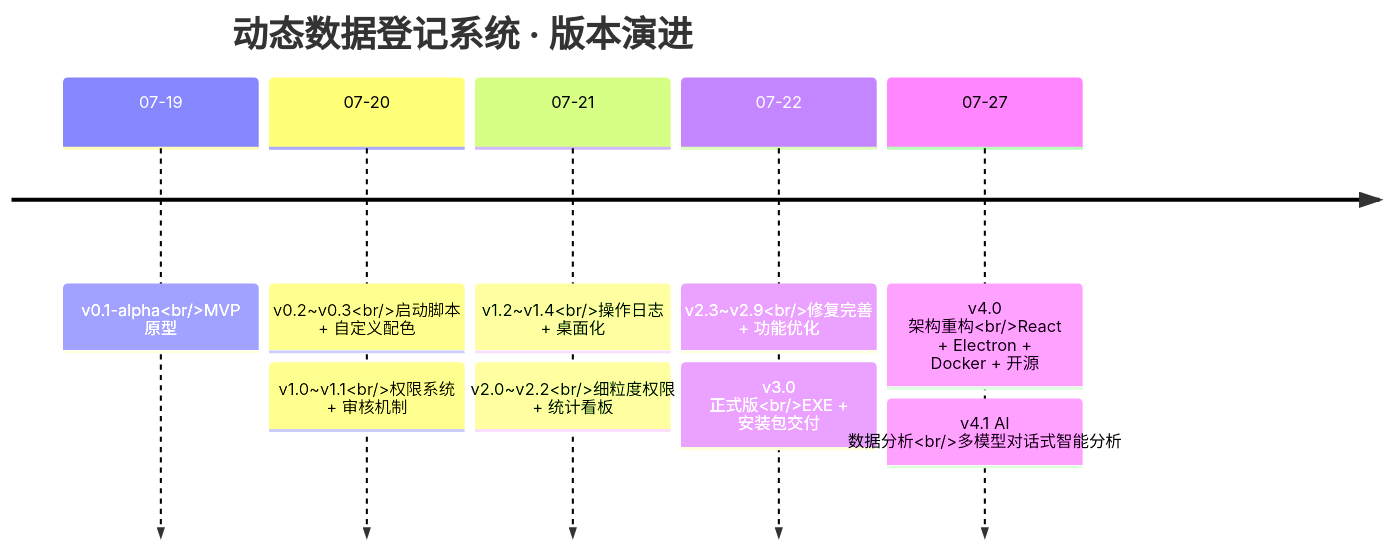
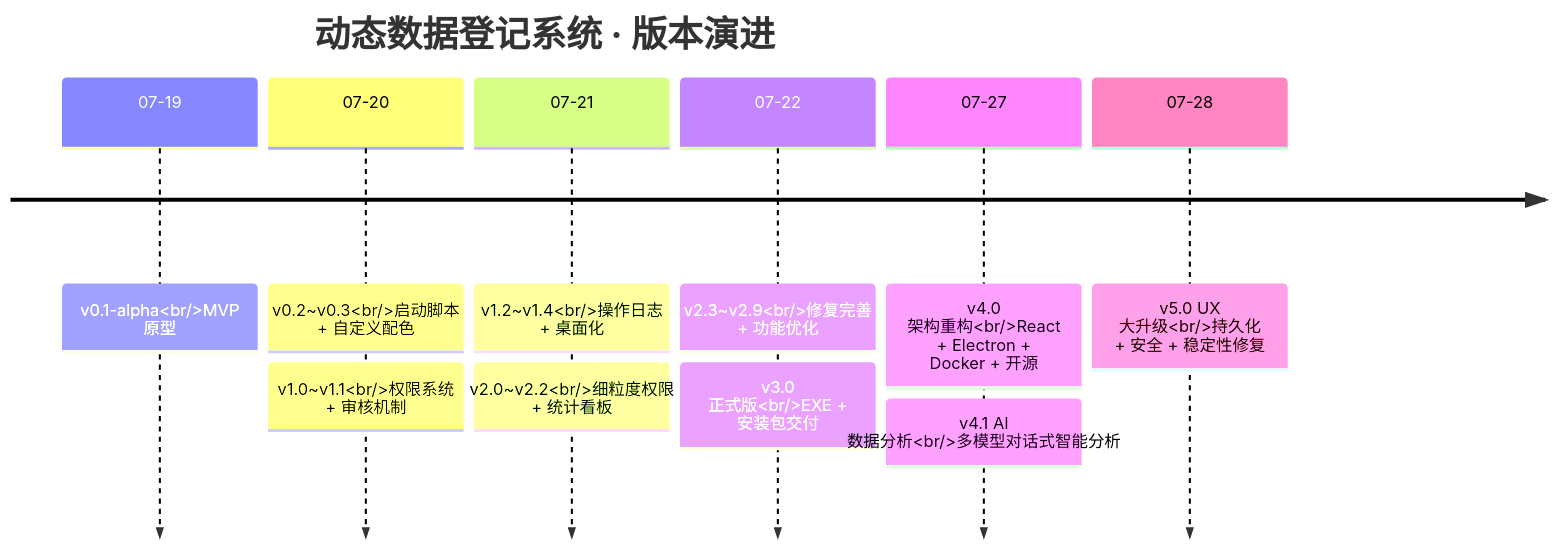
One commit to jincheng3870682453-hash/shujuku changed the eighth of 8 diagrams in README.md. Above: the diagram before and after it, drawn with Mermaid. The commit also changed other lines of this file and 1 other file, not shown here.

````diff
--- a/README.md
+++ b/README.md
@@ -891,13 +925,14 @@
 ```mermaid
 timeline
     title 动态数据登记系统 · 版本演进
     07-19 : v0.1-alpha<br/>MVP 原型
     07-20 : v0.2~v0.3<br/>启动脚本 + 自定义配色
           : v1.0~v1.1<br/>权限系统 + 审核机制
     07-21 : v1.2~v1.4<br/>操作日志 + 桌面化
           : v2.0~v2.2<br/>细粒度权限 + 统计看板
     07-22 : v2.3~v2.9<br/>修复完善 + 功能优化
           : v3.0 正式版<br/>EXE + 安装包交付
     07-27 : v4.0 架构重构<br/>React + Electron + Docker + 开源
           : v4.1 AI 数据分析<br/>多模型对话式智能分析
+    07-28 : v5.0 UX 大升级<br/>持久化 + 安全 + 稳定性修复
 ```
````
